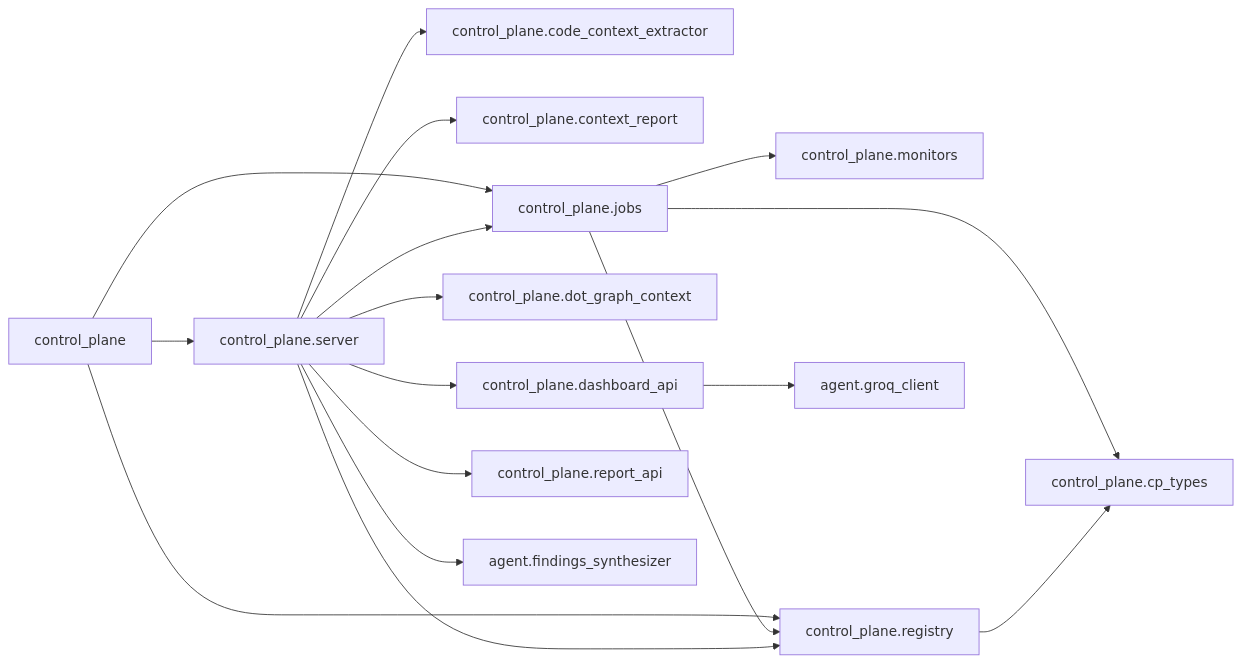
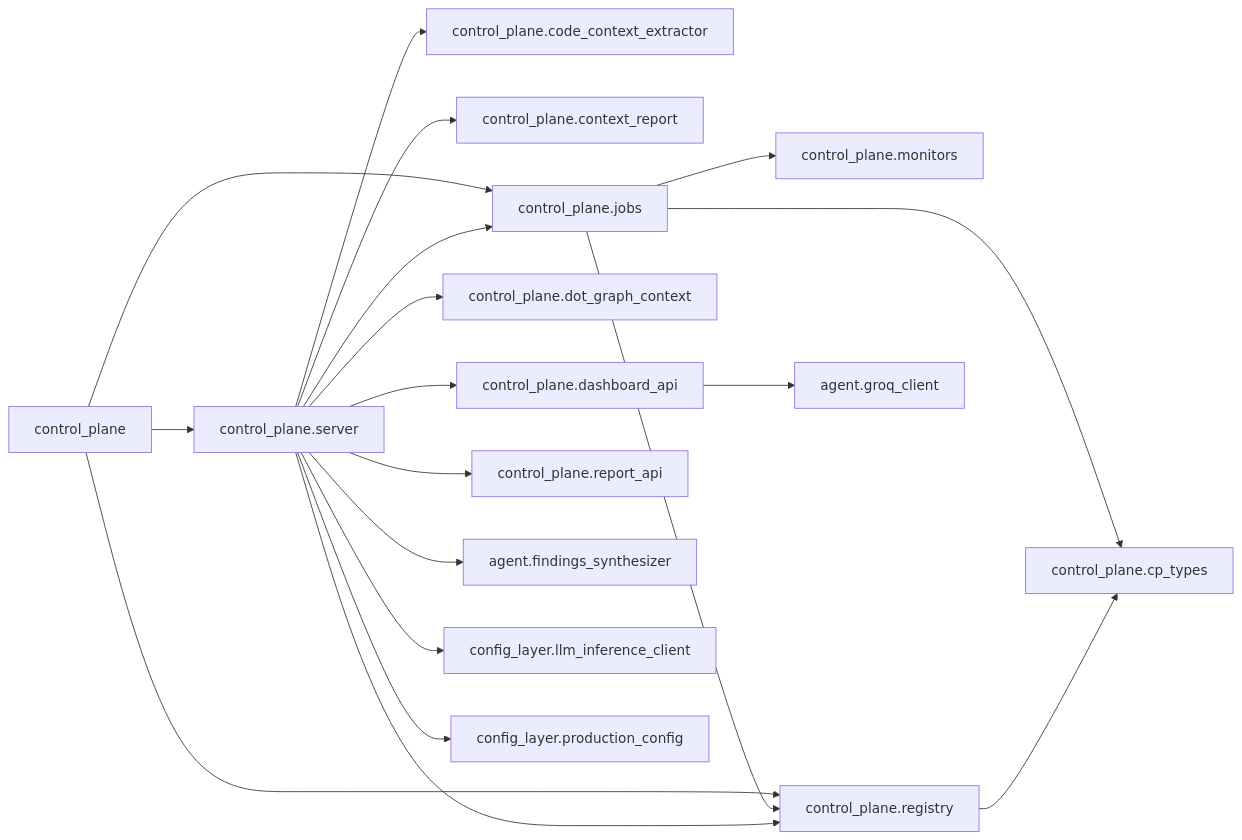
The seventh of 35 diagrams in docs/architecture/code-map.generated.md (Chaithu1995-0312/TradeHlt), drawn with Mermaid before and after one commit. The commit also changed other lines of this file and 20 other files, not shown here.

First line of the commit message:
feat(flow-context): M2 analyst report + M2P pluggable providers + M5 workflow-node Context

````diff
--- a/docs/architecture/code-map.generated.md
+++ b/docs/architecture/code-map.generated.md
@@ -408,32 +410,36 @@
 ```mermaid
 flowchart LR
     control_plane["control_plane"]
     control_plane_code_context_extractor["control_plane.code_context_extractor"]
     control_plane_context_report["control_plane.context_report"]
     control_plane_cp_types["control_plane.cp_types"]
     control_plane_dashboard_api["control_plane.dashboard_api"]
     control_plane_dot_graph_context["control_plane.dot_graph_context"]
     control_plane_jobs["control_plane.jobs"]
     control_plane_monitors["control_plane.monitors"]
     control_plane_registry["control_plane.registry"]
     control_plane_report_api["control_plane.report_api"]
     control_plane_server["control_plane.server"]
     agent_findings_synthesizer["agent.findings_synthesizer"]
     agent_groq_client["agent.groq_client"]
+    config_layer_llm_inference_client["config_layer.llm_inference_client"]
+    config_layer_production_config["config_layer.production_config"]
     control_plane --> control_plane_jobs
     control_plane --> control_plane_registry
     control_plane --> control_plane_server
     control_plane_dashboard_api --> agent_groq_client
     control_plane_jobs --> control_plane_cp_types
     control_plane_jobs --> control_plane_monitors
     control_plane_jobs --> control_plane_registry
     control_plane_registry --> control_plane_cp_types
     control_plane_server --> agent_findings_synthesizer
+    control_plane_server --> config_layer_llm_inference_client
+    control_plane_server --> config_layer_production_config
     control_plane_server --> control_plane_code_context_extractor
     control_plane_server --> control_plane_context_report
     control_plane_server --> control_plane_dashboard_api
     control_plane_server --> control_plane_dot_graph_context
     control_plane_server --> control_plane_jobs
     control_plane_server --> control_plane_registry
     control_plane_server --> control_plane_report_api
 ```
````
